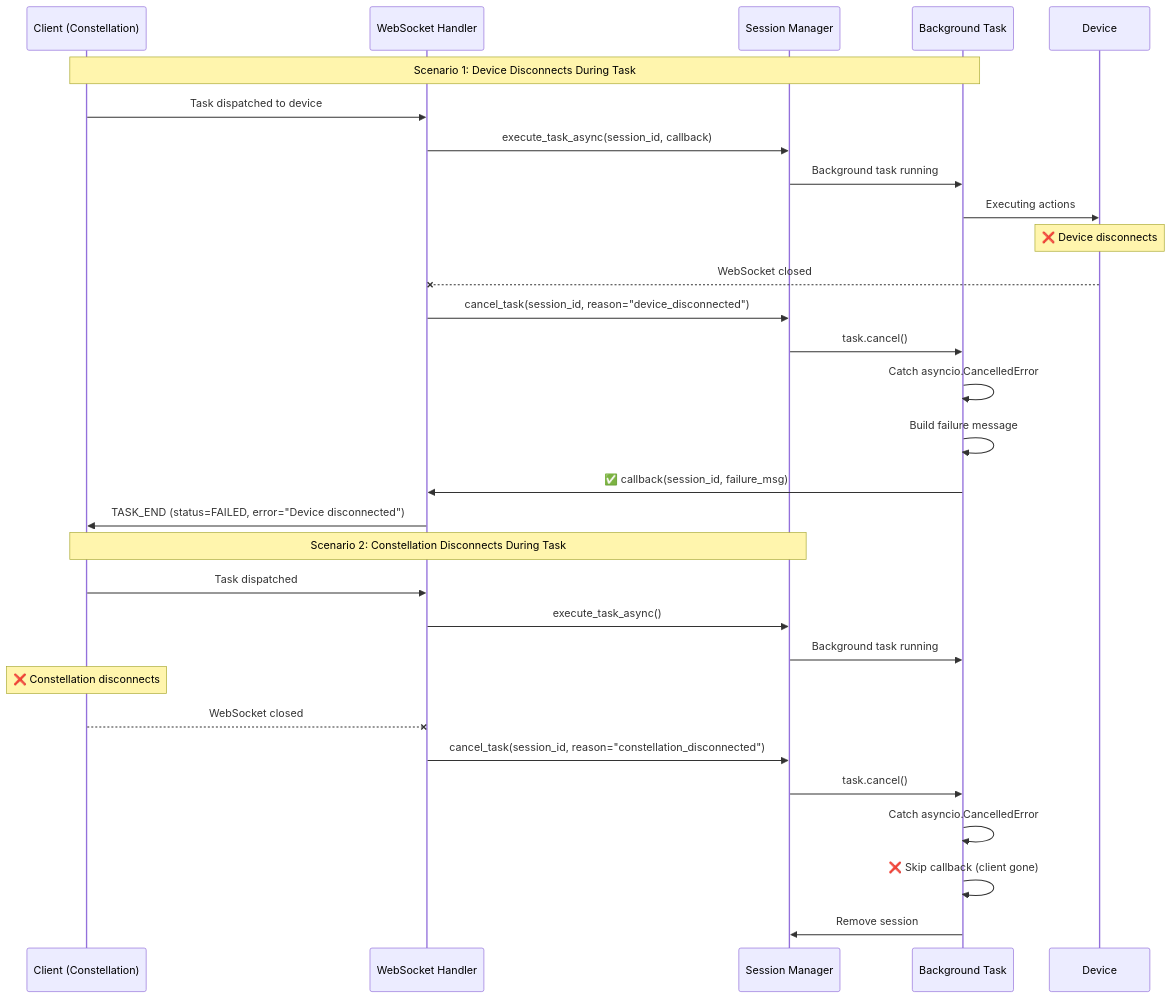
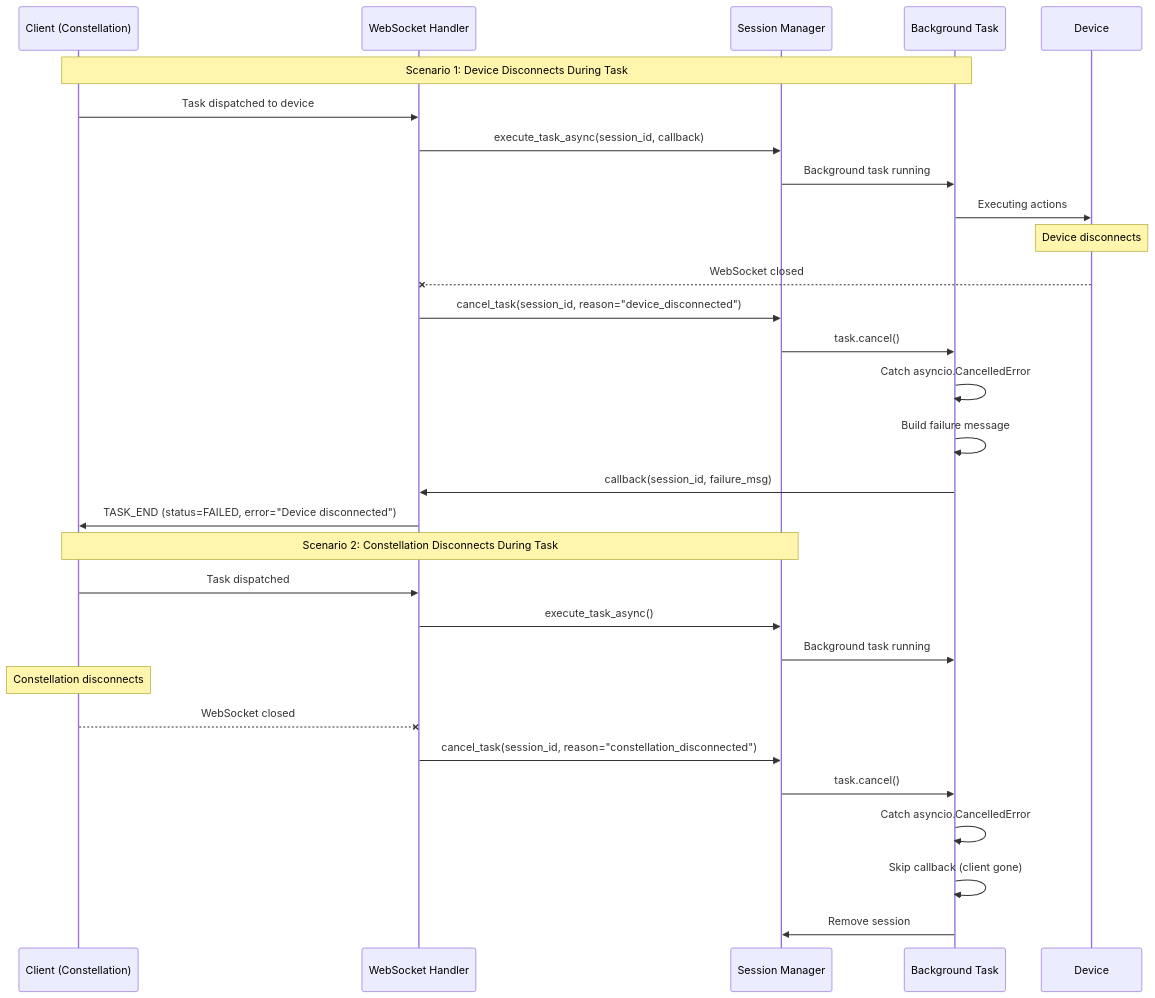
One commit to microsoft/UFO changed the fifth of 8 diagrams in documents/docs/server/session_manager.md. Above: the diagram before and after it, drawn with Mermaid. The commit also changed other lines of this file and 8 other files, not shown here.

````diff
--- a/documents/docs/server/session_manager.md
+++ b/documents/docs/server/session_manager.md
@@ -294,36 +294,36 @@
 ```mermaid
 sequenceDiagram
     participant C as Client (Constellation)
     participant WH as WebSocket Handler
     participant SM as Session Manager
     participant BT as Background Task
     participant D as Device
     
     Note over C,BT: Scenario 1: Device Disconnects During Task
     C->>WH: Task dispatched to device
     WH->>SM: execute_task_async(session_id, callback)
     SM->>BT: Background task running
     BT->>D: Executing actions
     
-    Note over D: ❌ Device disconnects
+    Note over D: Device disconnects
     D--xWH: WebSocket closed
     WH->>SM: cancel_task(session_id, reason="device_disconnected")
     SM->>BT: task.cancel()
     BT->>BT: Catch asyncio.CancelledError
     BT->>BT: Build failure message
-    BT->>WH: ✅ callback(session_id, failure_msg)
+    BT->>WH: callback(session_id, failure_msg)
     WH->>C: TASK_END (status=FAILED, error="Device disconnected")
     
     Note over C,SM: Scenario 2: Constellation Disconnects During Task
     C->>WH: Task dispatched
     WH->>SM: execute_task_async()
     SM->>BT: Background task running
     
-    Note over C: ❌ Constellation disconnects
+    Note over C: Constellation disconnects
     C--xWH: WebSocket closed
     WH->>SM: cancel_task(session_id, reason="constellation_disconnected")
     SM->>BT: task.cancel()
     BT->>BT: Catch asyncio.CancelledError
-    BT->>BT: ❌ Skip callback (client gone)
+    BT->>BT: Skip callback (client gone)
     BT->>SM: Remove session
 ```
````
